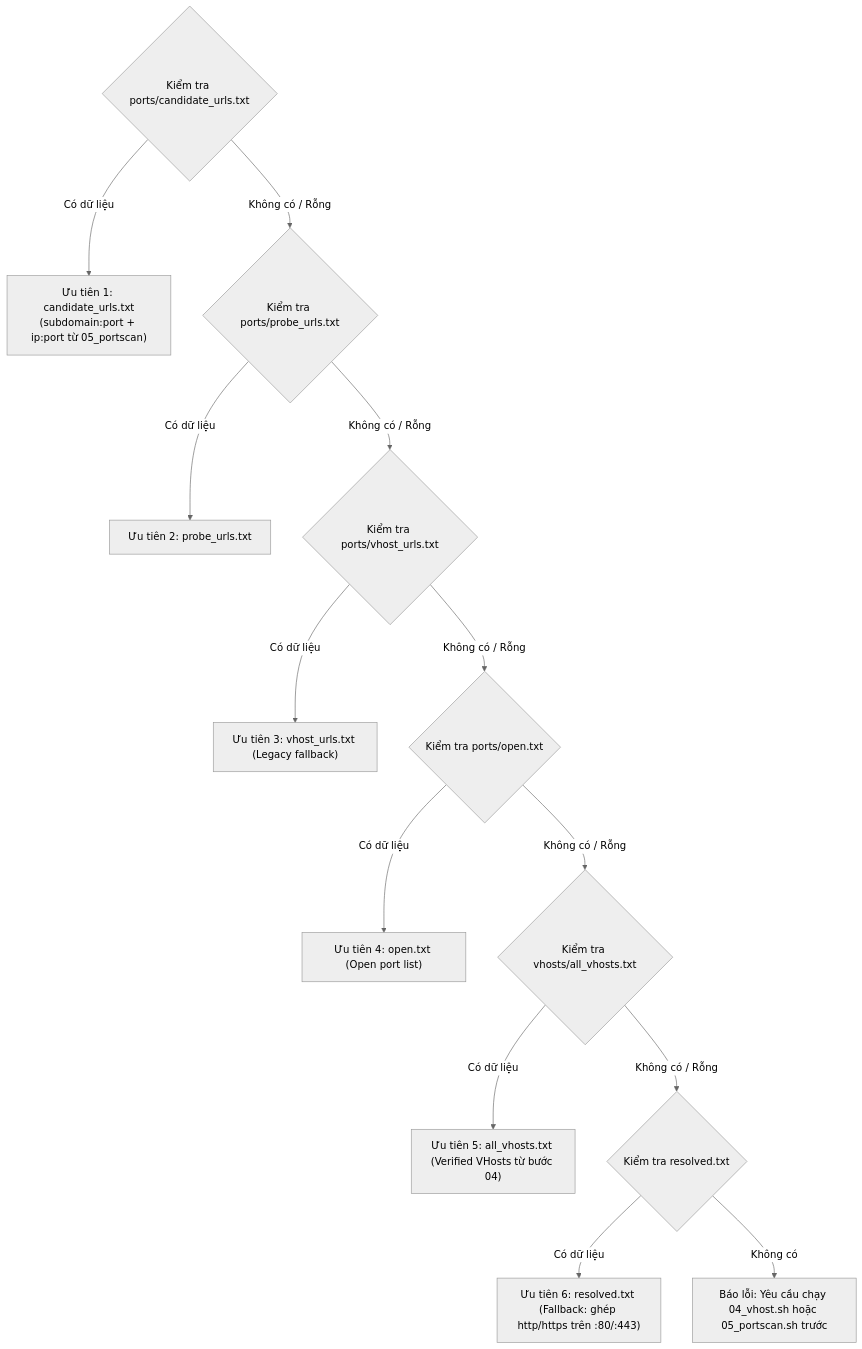
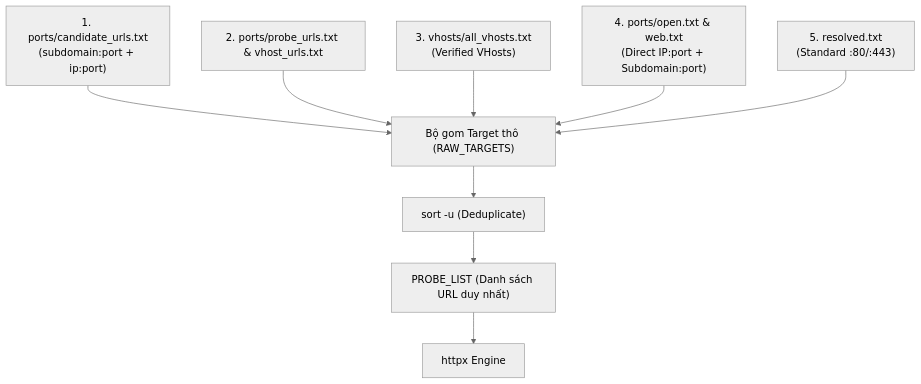
Before and after one commit to giangnamG/recon-pipeline: the first of 3 diagrams in docs/07_httpx.md, drawn with Mermaid (neutral theme). The commit also changed other lines of this file and 1 other file, not shown here.

Commit message:
feat(httpx): merge and deduplicate all input sources into probe list

````diff
--- a/docs/07_httpx.md
+++ b/docs/07_httpx.md
@@ -51,15 +51,11 @@
 ```mermaid
 flowchart TD
-    A{"Kiểm tra ports/candidate_urls.txt"} -- "Có dữ liệu" --> B["Ưu tiên 1: candidate_urls.txt\n(subdomain:port + ip:port từ 05_portscan)"]
-    A -- "Không có / Rỗng" --> C{"Kiểm tra ports/probe_urls.txt"}
-    C -- "Có dữ liệu" --> D["Ưu tiên 2: probe_urls.txt"]
-    C -- "Không có / Rỗng" --> E{"Kiểm tra ports/vhost_urls.txt"}
-    E -- "Có dữ liệu" --> F["Ưu tiên 3: vhost_urls.txt (Legacy fallback)"]
-    E -- "Không có / Rỗng" --> G{"Kiểm tra ports/open.txt"}
-    G -- "Có dữ liệu" --> H["Ưu tiên 4: open.txt (Open port list)"]
-    G -- "Không có / Rỗng" --> I{"Kiểm tra vhosts/all_vhosts.txt"}
-    I -- "Có dữ liệu" --> J["Ưu tiên 5: all_vhosts.txt (Verified VHosts từ bước 04)"]
-    I -- "Không có / Rỗng" --> K{"Kiểm tra resolved.txt"}
-    K -- "Có dữ liệu" --> L["Ưu tiên 6: resolved.txt (Fallback: ghép http/https trên :80/:443)"]
-    K -- "Không có" --> M["Báo lỗi: Yêu cầu chạy 04_vhost.sh hoặc 05_portscan.sh trước"]
+    S1["1. ports/candidate_urls.txt\n(subdomain:port + ip:port)"] --> M["Bộ gom Target thô (RAW_TARGETS)"]
+    S2["2. ports/probe_urls.txt & vhost_urls.txt"] --> M
+    S3["3. vhosts/all_vhosts.txt\n(Verified VHosts)"] --> M
+    S4["4. ports/open.txt & web.txt\n(Direct IP:port + Subdomain:port)"] --> M
+    S5["5. resolved.txt\n(Standard :80/:443)"] --> M
+    M --> D["sort -u (Deduplicate)"]
+    D --> P["PROBE_LIST (Danh sách URL duy nhất)"]
+    P --> H["httpx Engine"]
 ```
````
